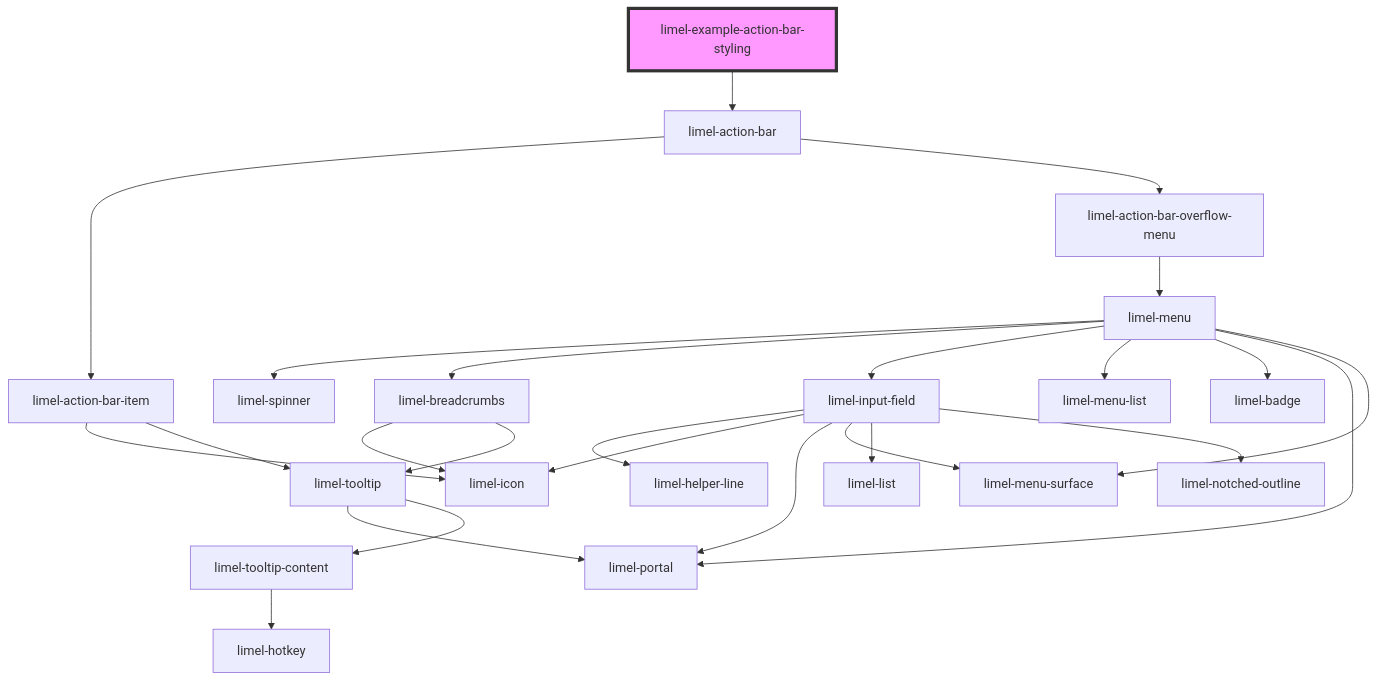
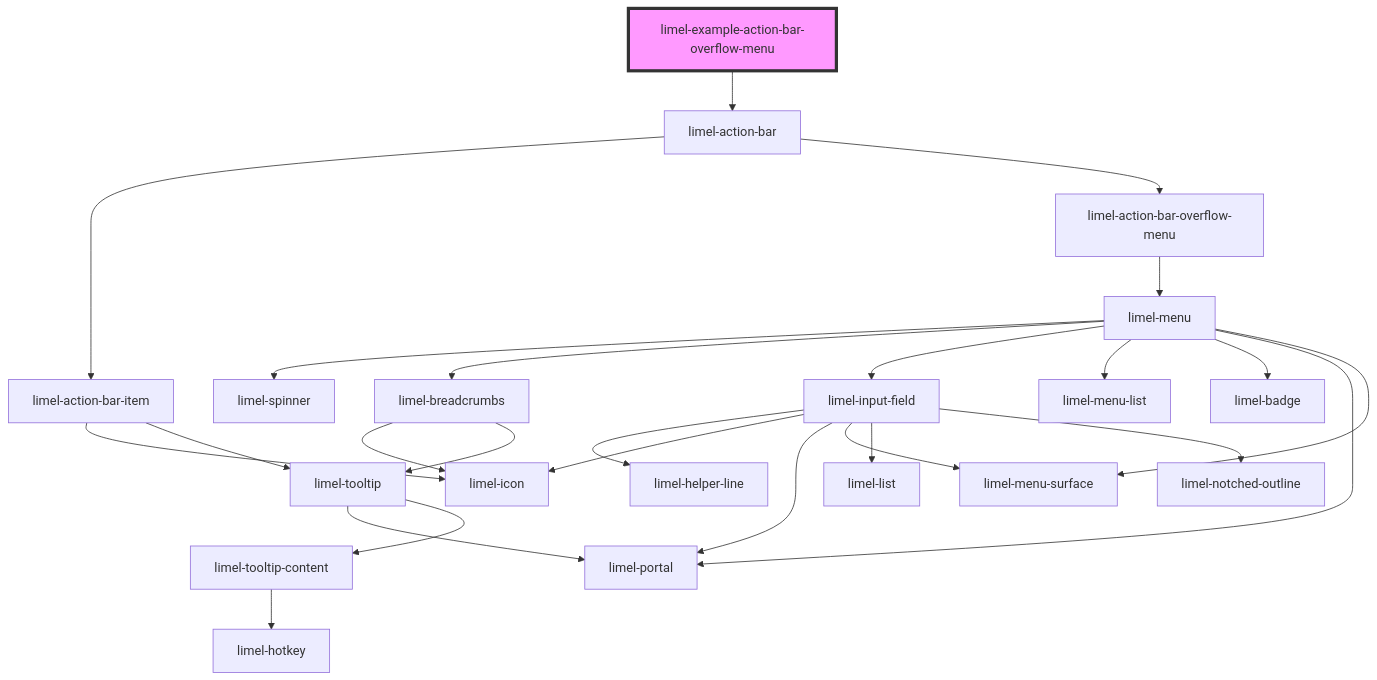
One commit to Lundalogik/lime-elements changed the diagram in versions/PR-4084/markdown-docs/components/action-bar/examples/readme.md. Above: the diagram before and after it, drawn with Mermaid. The commit also changed other lines of this file and 961 other files, not shown here.

````diff
--- a/versions/PR-4084/markdown-docs/components/action-bar/examples/readme.md
+++ b/versions/PR-4084/markdown-docs/components/action-bar/examples/readme.md
@@ -25,28 +22,28 @@
 ```mermaid
 graph TD;
-  limel-example-action-bar-styling --> limel-action-bar
+  limel-example-action-bar-overflow-menu --> limel-action-bar
   limel-action-bar --> limel-action-bar-item
   limel-action-bar --> limel-action-bar-overflow-menu
   limel-action-bar-item --> limel-icon
   limel-action-bar-item --> limel-tooltip
   limel-tooltip --> limel-portal
   limel-tooltip --> limel-tooltip-content
   limel-tooltip-content --> limel-hotkey
   limel-action-bar-overflow-menu --> limel-menu
   limel-menu --> limel-spinner
   limel-menu --> limel-breadcrumbs
   limel-menu --> limel-input-field
   limel-menu --> limel-menu-list
   limel-menu --> limel-badge
   limel-menu --> limel-portal
   limel-menu --> limel-menu-surface
   limel-breadcrumbs --> limel-icon
   limel-breadcrumbs --> limel-tooltip
   limel-input-field --> limel-helper-line
   limel-input-field --> limel-icon
   limel-input-field --> limel-portal
   limel-input-field --> limel-menu-surface
   limel-input-field --> limel-list
   limel-input-field --> limel-notched-outline
-  style limel-example-action-bar-styling fill:#f9f,stroke:#333,stroke-width:4px
+  style limel-example-action-bar-overflow-menu fill:#f9f,stroke:#333,stroke-width:4px
 ```
````
